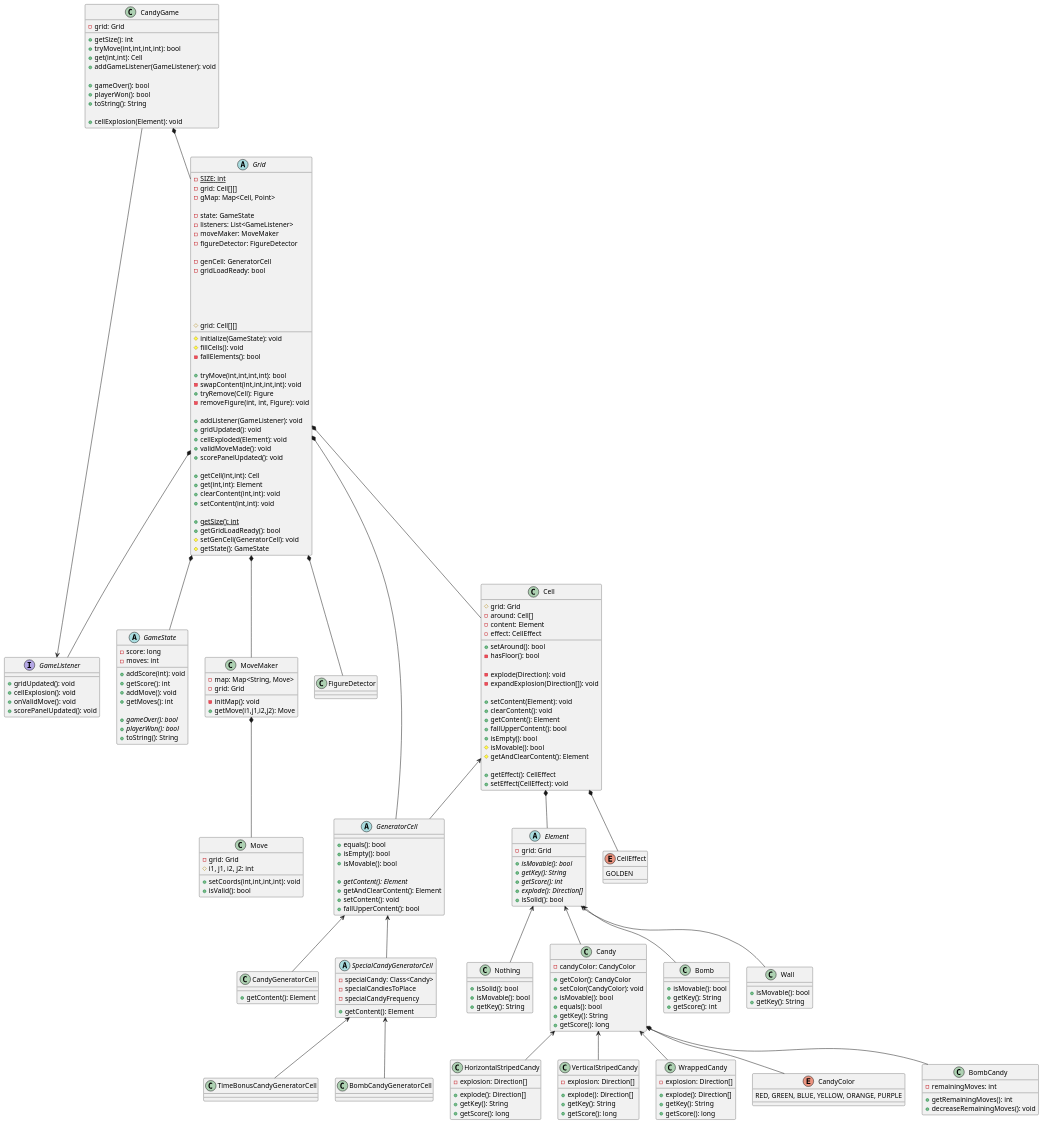
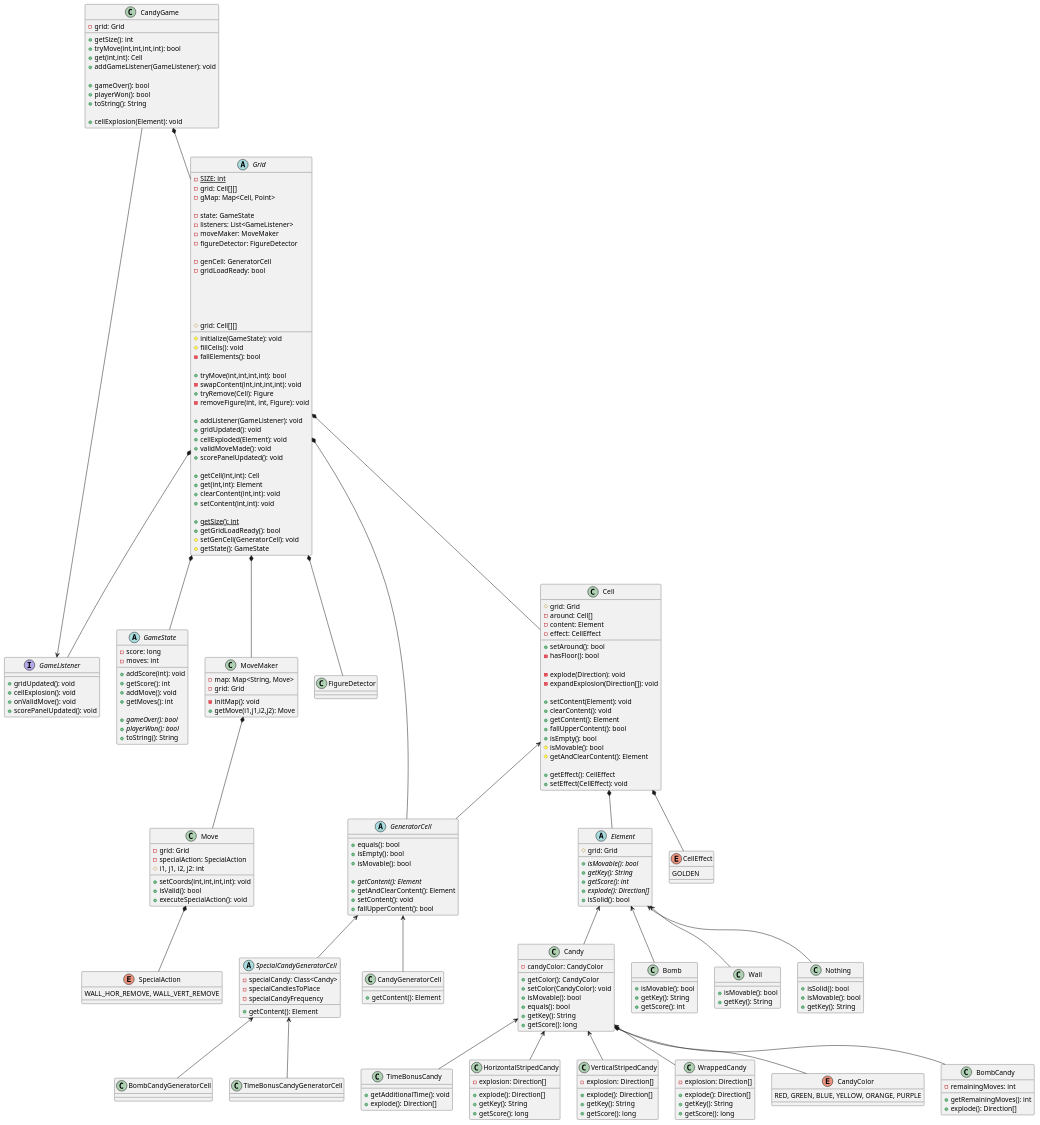
One commit to matiapa/itba-poo-final changed the diagram in src/game/backend/backend.plantuml. Above: the diagram before and after it, drawn with PlantUML. The commit also changed 24 other files, not shown here.

```diff
--- a/src/game/backend/backend.plantuml
+++ b/src/game/backend/backend.plantuml
@@ -201,7 +201,7 @@
 ' Element '
 
 abstract class Element{
- - grid: Grid
+ # grid: Grid
  + {abstract} isMovable(): bool
  + {abstract} getKey(): String
  + {abstract} getScore(): int
@@ -270,10 +270,20 @@
 class BombCandy{
  - remainingMoves: int
  + getRemainingMoves(): int
- + decreaseRemainingMoves(): void
+ + explode(): Direction[]
 }
 
 Candy <-- BombCandy
+
+
+' TimeBonusCandy '
+
+class TimeBonusCandy{
+ + getAdditionalTime(): void
+ + explode(): Direction[]
+}
+
+Candy <-- TimeBonusCandy
 
 
 ' HorizontalStripedCandy '
@@ -333,9 +343,20 @@
 
 class Move{
  - grid: Grid
+ - specialAction: SpecialAction
  # i1, j1, i2, j2: int
  + setCoords(int,int,int,int): void
  + isValid(): bool
+ + executeSpecialAction(): void
+}
+
+Move *-- SpecialAction
+
+
+' SpecialAction '
+
+enum SpecialAction{
+ WALL_HOR_REMOVE, WALL_VERT_REMOVE
 }
 
 ' IRR ' Move *-- Grid
```
